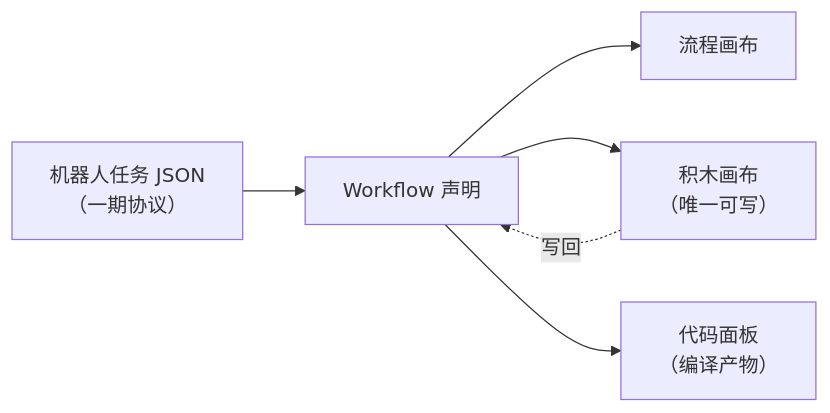
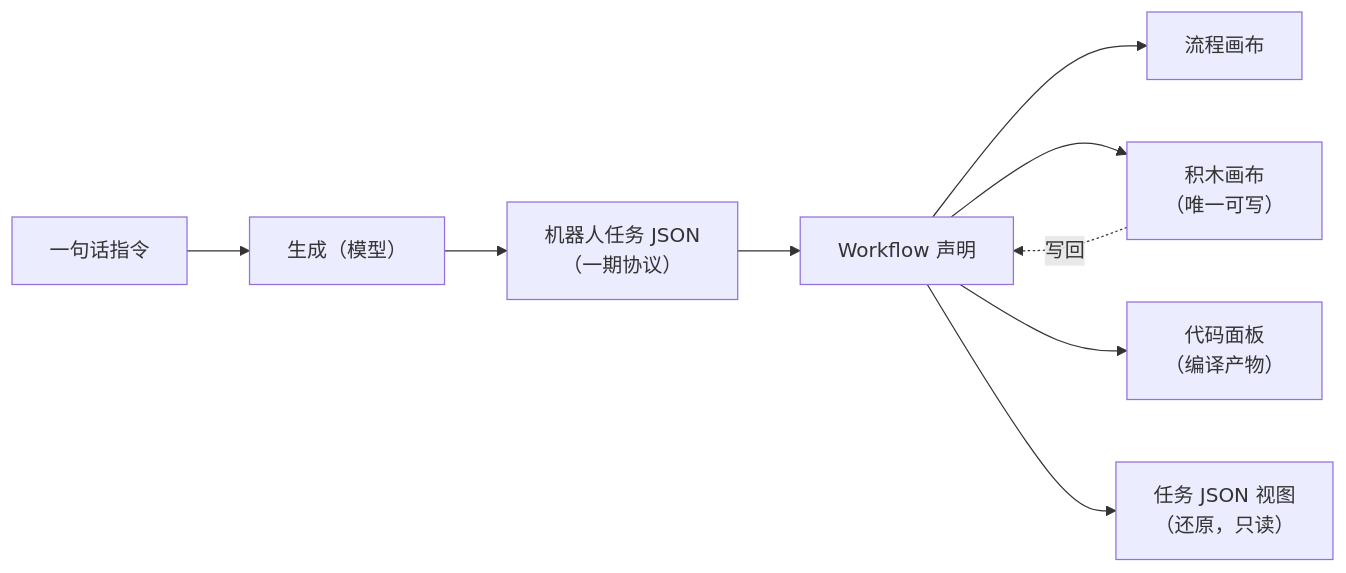
Before and after one commit to zhaoyilun/code-canvas: the first of 2 diagrams in docs/spec.md, drawn with Mermaid. The commit also changed other lines of this file and 17 other files, not shown here.

````diff
--- a/docs/spec.md
+++ b/docs/spec.md
@@ -9,8 +9,11 @@
 ```mermaid
 flowchart LR
-  T["机器人任务 JSON<br/>（一期协议）"] --> IR["Workflow 声明"]
+  U["一句话指令"] --> G["生成（模型）"]
+  G --> T["机器人任务 JSON<br/>（一期协议）"]
+  T --> IR["Workflow 声明"]
   IR --> V1["流程画布"]
   IR --> V2["积木画布<br/>（唯一可写）"]
   IR --> V3["代码面板<br/>（编译产物）"]
+  IR --> V4["任务 JSON 视图<br/>（还原，只读）"]
   V2 -. 写回 .-> IR
 ```
````
